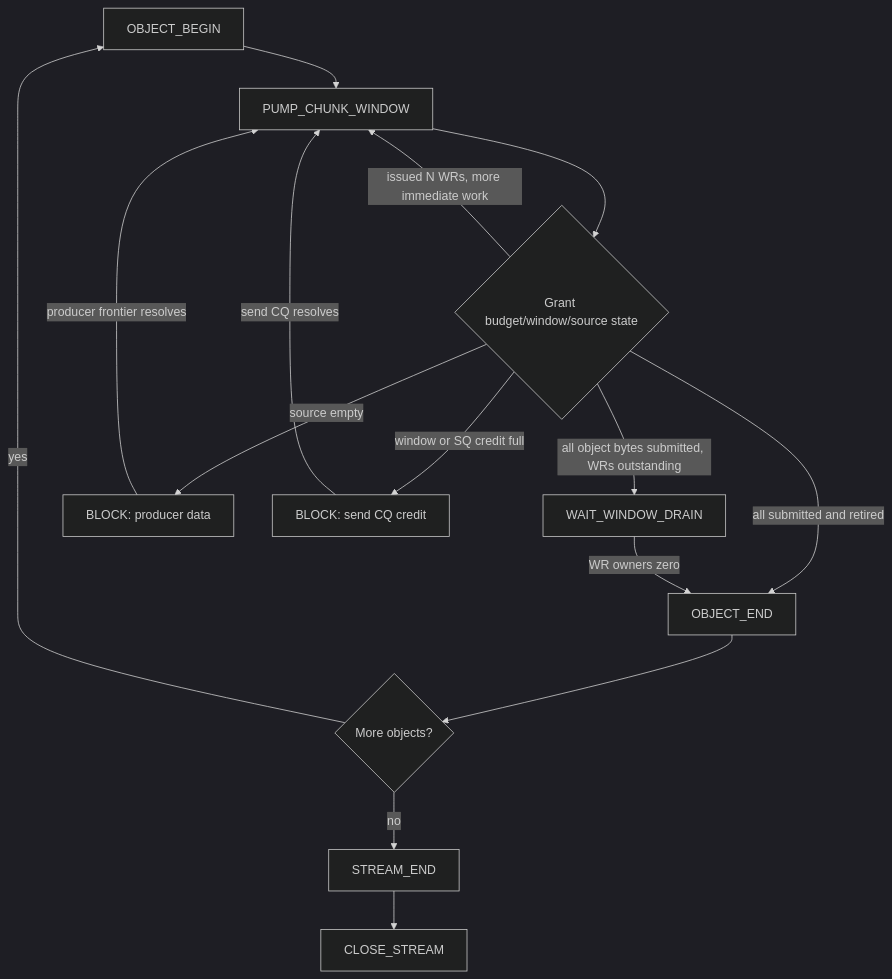
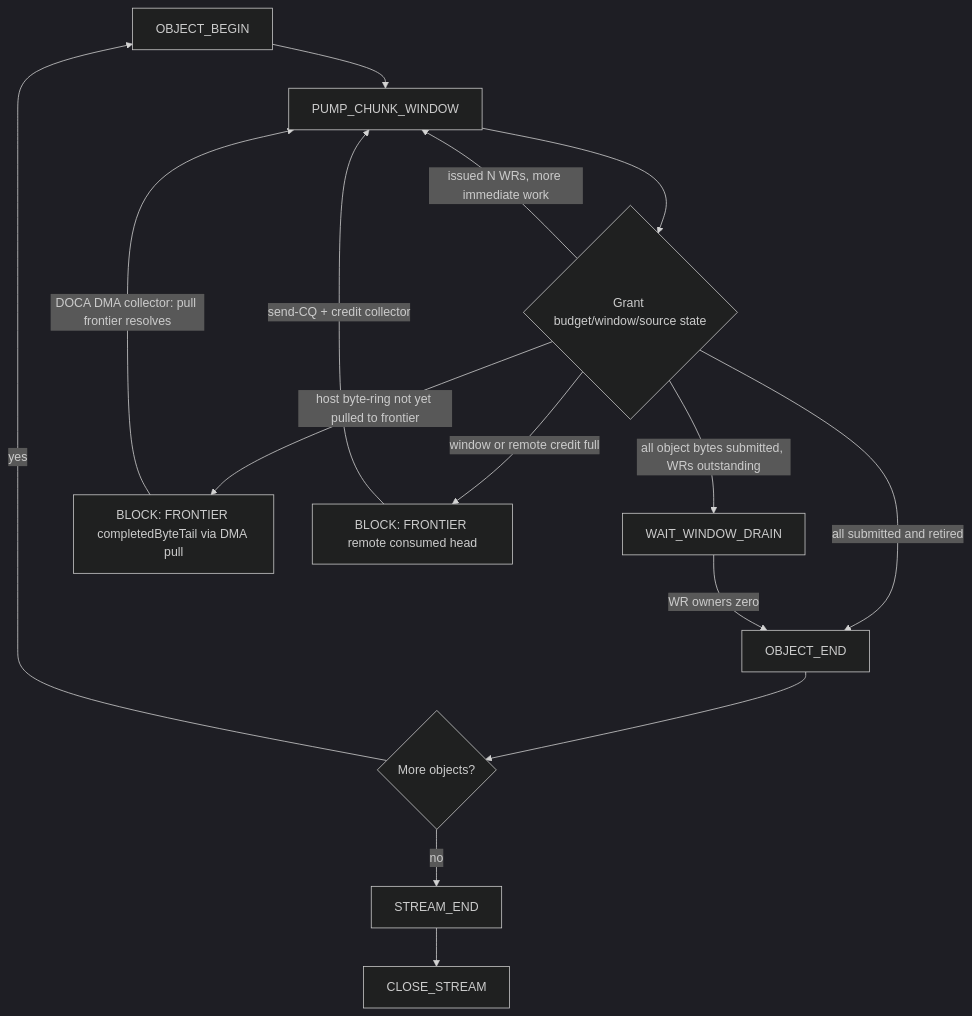
Before and after one commit to fardatalab/postgres-dbcomm: the fourth of 5 diagrams in docs/kb/future-directions/citus/transport/homer_continuation_graph_scheduler_plan.md, drawn with Mermaid (dark theme). The commit also changed other lines of this file and 1 other file, not shown here.

````diff
--- a/docs/kb/future-directions/citus/transport/homer_continuation_graph_scheduler_plan.md
+++ b/docs/kb/future-directions/citus/transport/homer_continuation_graph_scheduler_plan.md
@@ -852,25 +1013,25 @@
 ```mermaid
 flowchart TD
     B0[OBJECT_BEGIN]
     B1[PUMP_CHUNK_WINDOW]
     B2{Grant budget/window/source state}
     B3[WAIT_WINDOW_DRAIN]
     B4[OBJECT_END]
     B5{More objects?}
     B6[STREAM_END]
     B7[CLOSE_STREAM]
 
     B0 --> B1 --> B2
     B2 -->|issued N WRs, more immediate work| B1
-    B2 -->|source empty| W1[BLOCK: producer data]
-    B2 -->|window or SQ credit full| W2[BLOCK: send CQ credit]
+    B2 -->|host byte-ring not yet pulled to frontier| W1[BLOCK: FRONTIER completedByteTail via DMA pull]
+    B2 -->|window or remote credit full| W2[BLOCK: FRONTIER remote consumed head]
     B2 -->|all object bytes submitted, WRs outstanding| B3
     B2 -->|all submitted and retired| B4
     B3 -->|WR owners zero| B4
     B4 --> B5
     B5 -->|yes| B0
     B5 -->|no| B6 --> B7
 
-    W1 -->|producer frontier resolves| B1
-    W2 -->|send CQ resolves| B1
+    W1 -->|DOCA DMA collector: pull frontier resolves| B1
+    W2 -->|send-CQ + credit collector| B1
 ```
````
